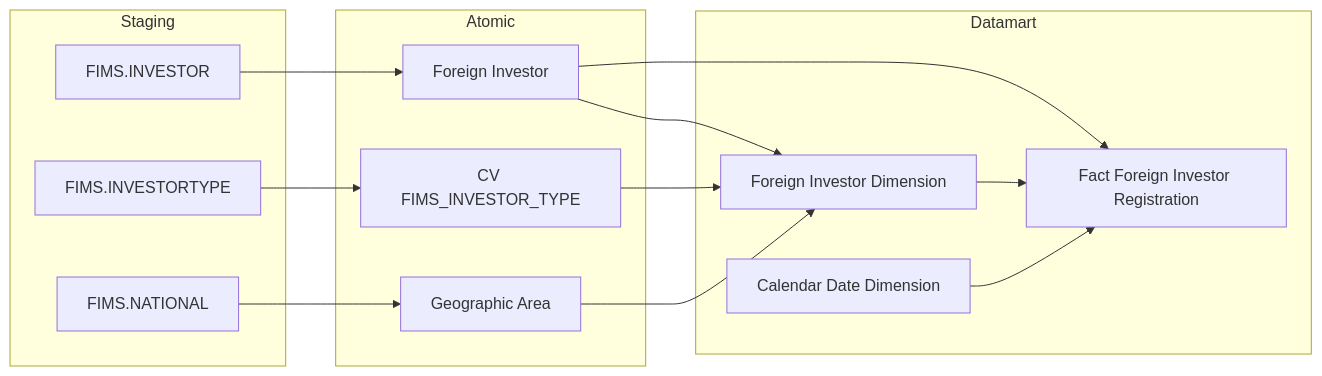
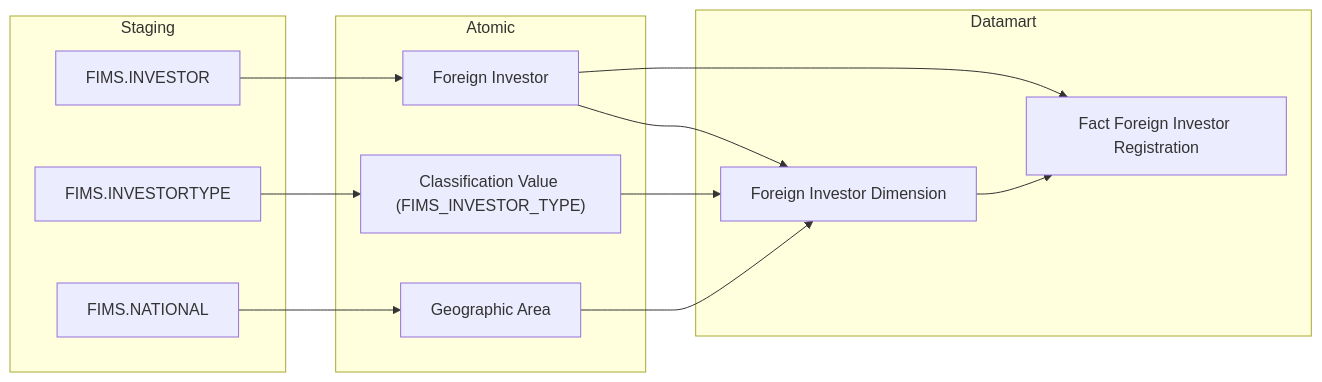
Before and after one commit to linhlvit/ubck_atomic_design: the first of 34 diagrams in Datamart/hld/DTM_NDTNN_HLD.md, drawn with Mermaid. The commit also changed other lines of this file and 10 other files, not shown here.

````diff
--- a/Datamart/hld/DTM_NDTNN_HLD.md
+++ b/Datamart/hld/DTM_NDTNN_HLD.md
@@ -23,32 +23,30 @@
 ```mermaid
 flowchart LR
     subgraph SRC["Staging"]
         S1["FIMS.INVESTOR"]
         S2["FIMS.INVESTORTYPE"]
         S3["FIMS.NATIONAL"]
     end
 
     subgraph SIL["Atomic"]
         SV1["Foreign Investor"]
-        SV2["CV FIMS_INVESTOR_TYPE"]
+        SV2["Classification Value (FIMS_INVESTOR_TYPE)"]
         SV3["Geographic Area"]
     end
 
     subgraph Datamart["Datamart"]
+        G2["Foreign Investor Dimension"]
         G1["Fact Foreign Investor Registration"]
-        G2["Foreign Investor Dimension"]
-        G3["Calendar Date Dimension"]
     end
 
     S1 --> SV1
     S2 --> SV2
     S3 --> SV3
 
     SV1 --> G1
     SV1 --> G2
     SV2 --> G2
     SV3 --> G2
 
     G2 --> G1
-    G3 --> G1
 ```
````
